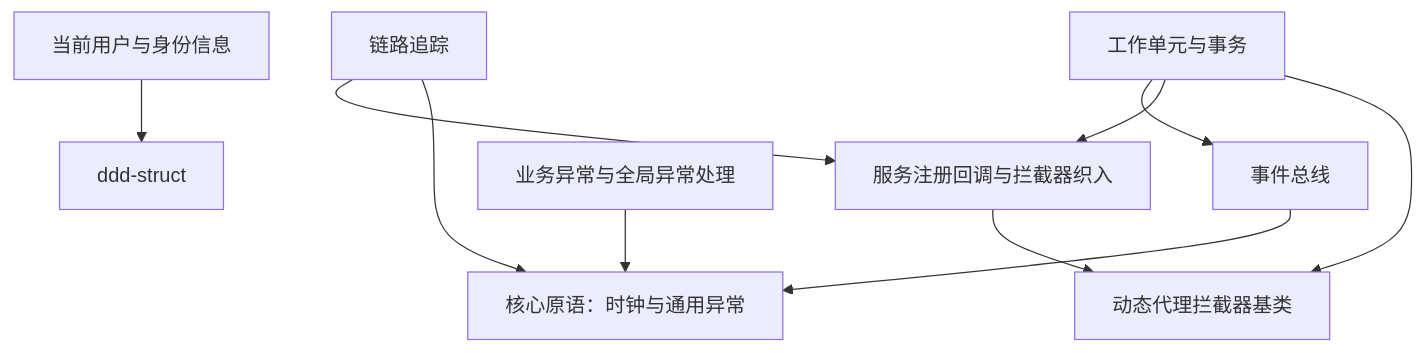
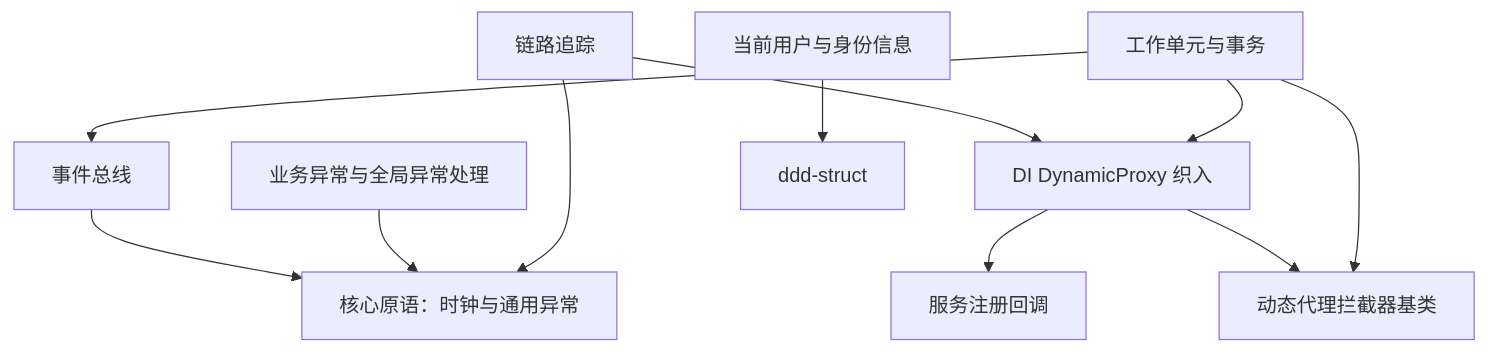
The diagram in framework/docs/components/README.md (zengqinglei/leistd-net), drawn with Mermaid before and after one commit. The commit also changed other lines of this file and 20 other files, not shown here.

Commit message:
refactor(di): split dynamic proxy integration

````diff
--- a/framework/docs/components/README.md
+++ b/framework/docs/components/README.md
@@ -25,15 +25,16 @@
 ```mermaid
 graph TD
-    dependency-injection[服务注册回调与拦截器织入] --> aop[动态代理拦截器基类]
+    dependency-injection-dynamic-proxy[DI DynamicProxy 织入] --> dependency-injection[服务注册回调]
+    dependency-injection-dynamic-proxy --> aop[动态代理拦截器基类]
 
     event-bus[事件总线] --> core[核心原语：时钟与通用异常]
     exception[业务异常与全局异常处理] --> core
     tracing[链路追踪] --> core
-    tracing --> dependency-injection
+    tracing --> dependency-injection-dynamic-proxy
 
     unit-of-work[工作单元与事务] --> aop
-    unit-of-work --> dependency-injection
+    unit-of-work --> dependency-injection-dynamic-proxy
     unit-of-work --> event-bus
 
     security[当前用户与身份信息] --> ddd-struct[ddd-struct]
 ```
````
